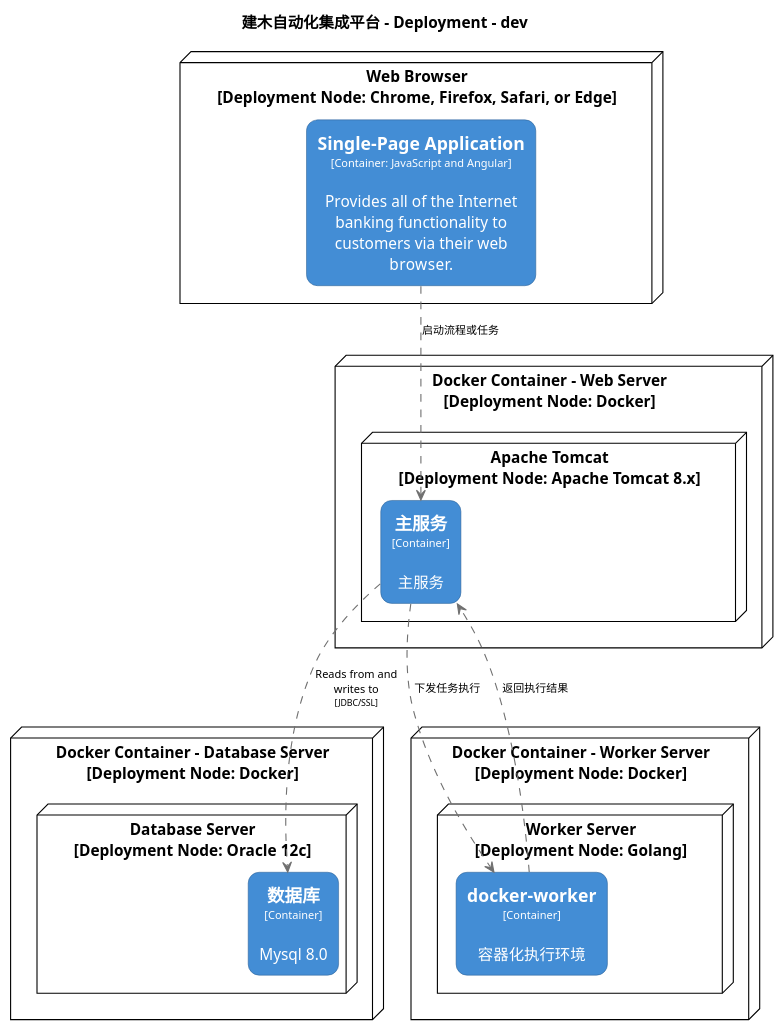
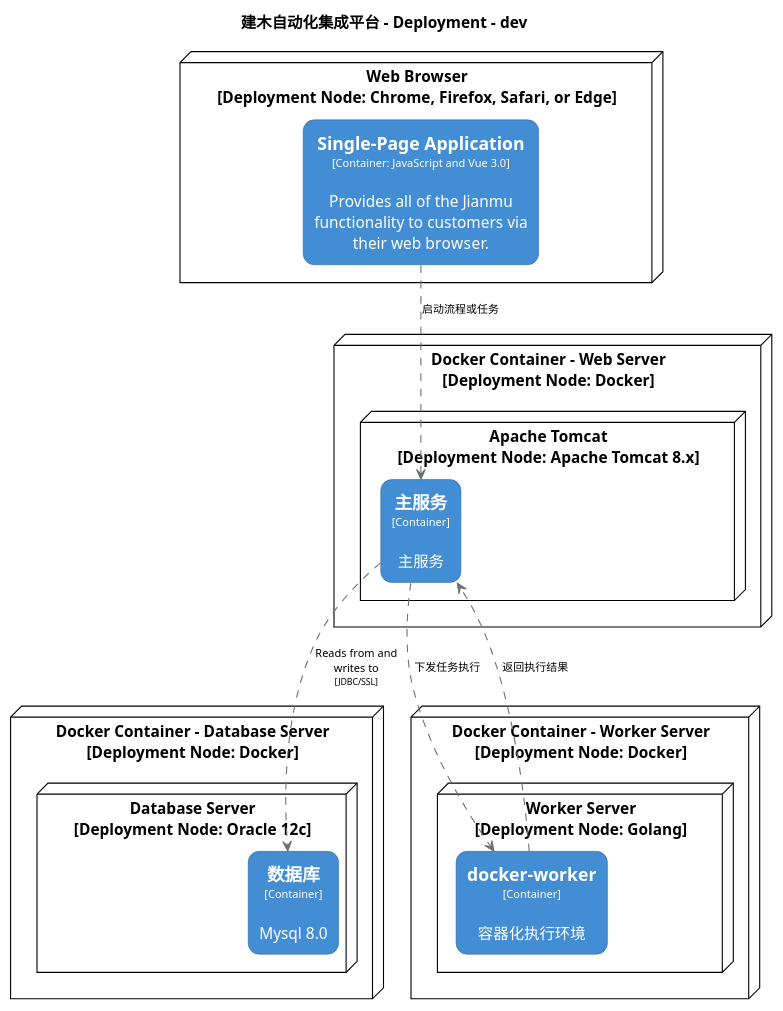
The diagram in c4/structurizr-DevelopmentDeployment.puml (jianmu-dev/jianmu-architecture-as-code), drawn with PlantUML before and after one commit. The commit also changed 6 other files, not shown here.

```diff
--- a/c4/structurizr-DevelopmentDeployment.puml
+++ b/c4/structurizr-DevelopmentDeployment.puml
@@ -1,101 +1,101 @@
 @startuml(id=DevelopmentDeployment)
 title 建木自动化集成平台 - Deployment - dev
 
 skinparam {
   shadowing false
   arrowFontSize 10
   defaultTextAlignment center
   wrapWidth 200
   maxMessageSize 100
 }
 hide stereotype
 top to bottom direction
 skinparam node<<44>> {
   BackgroundColor #ffffff
   FontColor #000000
   BorderColor #000000
   roundCorner 20
 }
 skinparam rectangle<<45>> {
   BackgroundColor #438dd5
   FontColor #ffffff
   BorderColor #2E6295
   roundCorner 20
 }
 skinparam node<<47>> {
   BackgroundColor #ffffff
   FontColor #000000
   BorderColor #000000
   roundCorner 20
 }
 skinparam node<<48>> {
   BackgroundColor #ffffff
   FontColor #000000
   BorderColor #000000
   roundCorner 20
 }
 skinparam rectangle<<49>> {
   BackgroundColor #438dd5
   FontColor #ffffff
   BorderColor #2E6295
   roundCorner 20
 }
 skinparam node<<51>> {
   BackgroundColor #ffffff
   FontColor #000000
   BorderColor #000000
   roundCorner 20
 }
 skinparam node<<41>> {
   BackgroundColor #ffffff
   FontColor #000000
   BorderColor #000000
   roundCorner 20
 }
 skinparam node<<52>> {
   BackgroundColor #ffffff
   FontColor #000000
   BorderColor #000000
   roundCorner 20
 }
 skinparam rectangle<<42>> {
   BackgroundColor #438dd5
   FontColor #ffffff
   BorderColor #2E6295
   roundCorner 20
 }
 skinparam rectangle<<53>> {
   BackgroundColor #438dd5
   FontColor #ffffff
   BorderColor #2E6295
   roundCorner 20
 }
 skinparam node<<43>> {
   BackgroundColor #ffffff
   FontColor #000000
   BorderColor #000000
   roundCorner 20
 }
 node "Docker Container - Database Server\n[Deployment Node: Docker]" <<47>> as 47 {
   node "Database Server\n[Deployment Node: Oracle 12c]" <<48>> as 48 {
     rectangle "==数据库\n<size:10>[Container]</size>\n\nMysql 8.0" <<49>> as 49
   }
 }
 node "Docker Container - Web Server\n[Deployment Node: Docker]" <<43>> as 43 {
   node "Apache Tomcat\n[Deployment Node: Apache Tomcat 8.x]" <<44>> as 44 {
     rectangle "==主服务\n<size:10>[Container]</size>\n\n主服务" <<45>> as 45
   }
 }
 node "Docker Container - Worker Server\n[Deployment Node: Docker]" <<51>> as 51 {
   node "Worker Server\n[Deployment Node: Golang]" <<52>> as 52 {
     rectangle "==docker-worker\n<size:10>[Container]</size>\n\n容器化执行环境" <<53>> as 53
   }
 }
 node "Web Browser\n[Deployment Node: Chrome, Firefox, Safari, or Edge]" <<41>> as 41 {
-  rectangle "==Single-Page Application\n<size:10>[Container: JavaScript and Angular]</size>\n\nProvides all of the Internet banking functionality to customers via their web browser." <<42>> as 42
+  rectangle "==Single-Page Application\n<size:10>[Container: JavaScript and Vue 3.0]</size>\n\nProvides all of the Jianmu functionality to customers via their web browser." <<42>> as 42
 }
 42 .[#707070].> 45 : "启动流程或任务"
 53 .[#707070].> 45 : "返回执行结果"
 45 .[#707070].> 53 : "下发任务执行"
 45 .[#707070].> 49 : "Reads from and writes to\n<size:8>[JDBC/SSL]</size>"
 @enduml
```
